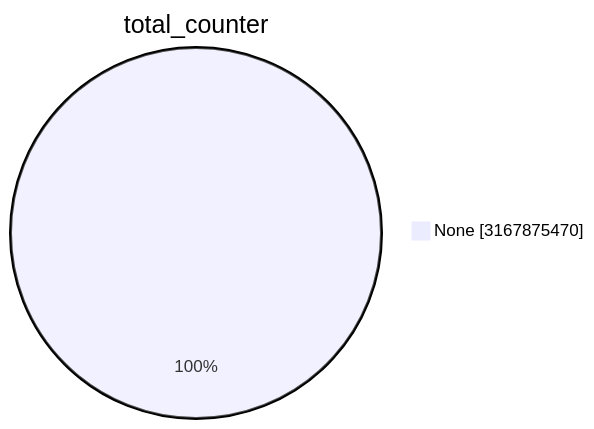
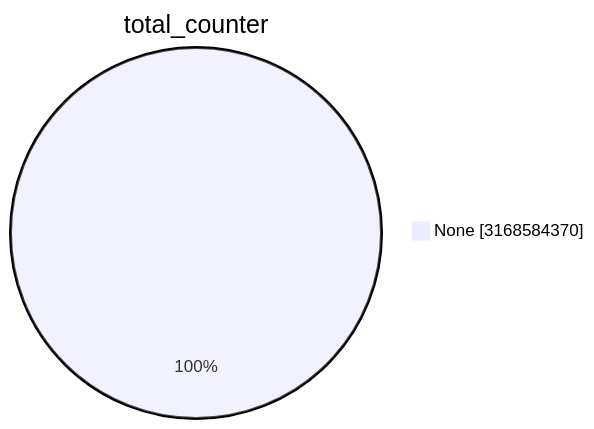
Before and after one commit to christiankrug/ctmonitor_visualization: the first of 15 diagrams in TOTAL/README.md, drawn with Mermaid. The commit also changed other lines of this file, not shown here.

````diff
--- a/TOTAL/README.md
+++ b/TOTAL/README.md
@@ -1,5 +1,5 @@
 ```mermaid
 pie showData
 title total_counter
-"None" :3167875470
+"None" :3168584370
 ```
````
